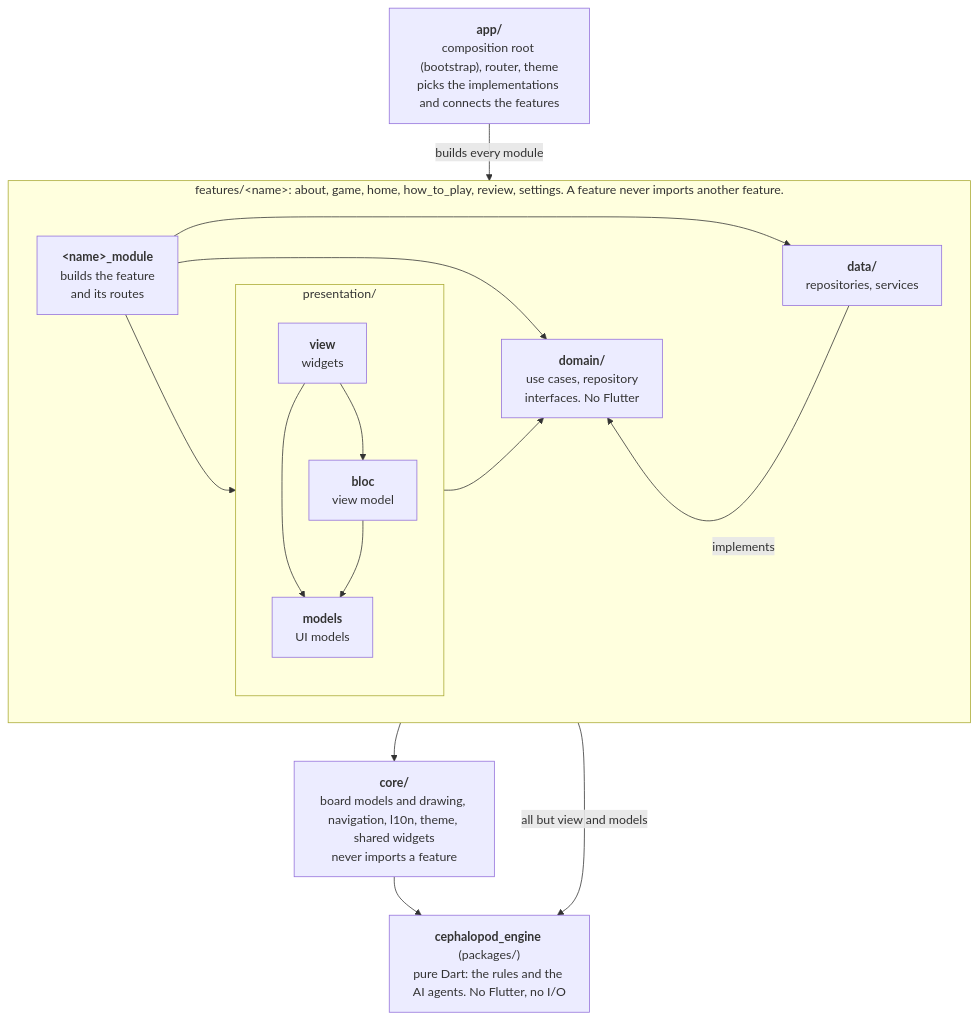
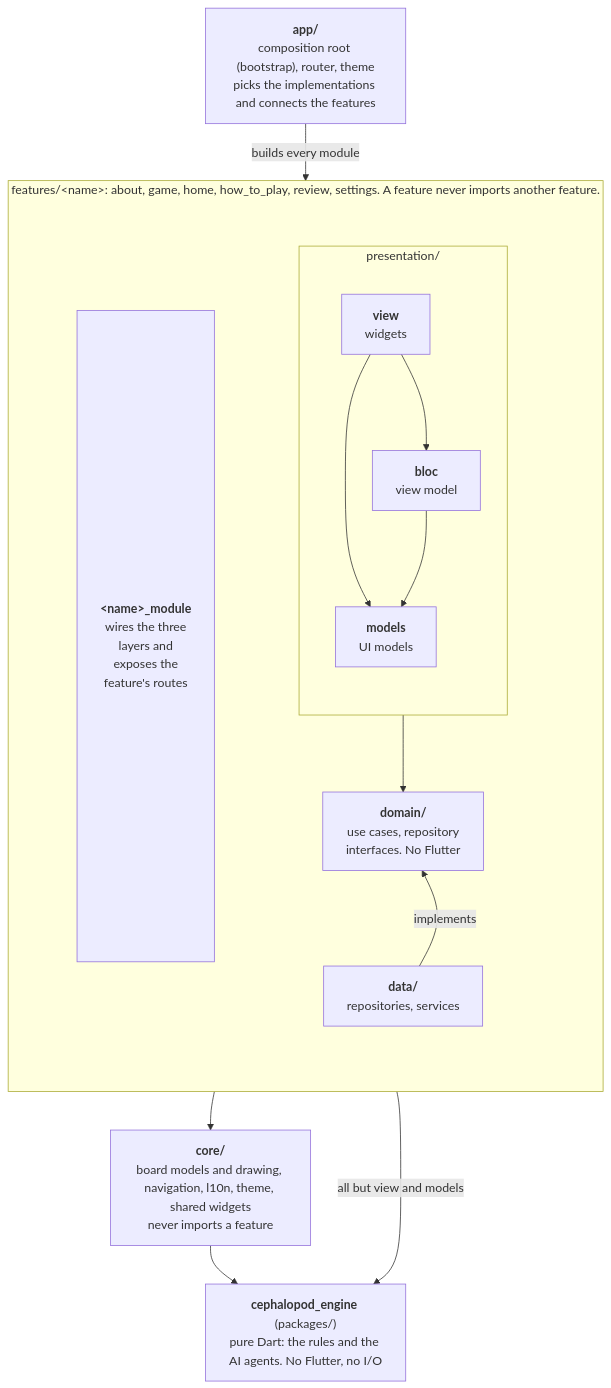
The diagram in README.md (siempredelao/Cephalopod-Flutter), drawn with Mermaid before and after one commit.

Commit message:
docs: draw the feature module as a tall box beside the layers
The module wires presentation, domain and data, so it stands next to all
three with no arrow.

Claude-Session: https://claude.ai/code/session_01AxMpj49MWHxq4DwovAXTr1

````diff
--- a/README.md
+++ b/README.md
@@ -40,34 +40,37 @@
 ```mermaid
 flowchart TB
+    %% The <br> lines only make the module box as tall as the layers beside it.
     boot["<b>app/</b><br>composition root (bootstrap), router, theme<br>picks the implementations and connects the features"]
 
     subgraph feature["features/&lt;name&gt;: about, game, home, how_to_play, review, settings. A feature never imports another feature."]
         direction LR
-        module["<b>&lt;name&gt;_module</b><br>builds the feature<br>and its routes"]
-        subgraph presentation["presentation/"]
+        module["<br><br><br><br><br><br><br><br><br><br><br><br><br><br><br><b>&lt;name&gt;_module</b><br>wires the three<br>layers and<br>exposes the<br>feature's routes<br><br><br><br><br><br><br><br><br><br><br><br><br><br><br>"]
+        subgraph layers[" "]
             direction TB
-            view["<b>view</b><br>widgets"]
-            bloc["<b>bloc</b><br>view model"]
-            models["<b>models</b><br>UI models"]
-            view --> bloc
-            view --> models
-            bloc --> models
+            subgraph presentation["presentation/"]
+                direction TB
+                view["<b>view</b><br>widgets"]
+                bloc["<b>bloc</b><br>view model"]
+                models["<b>models</b><br>UI models"]
+                view --> bloc
+                view --> models
+                bloc --> models
+            end
+            domain["<b>domain/</b><br>use cases, repository<br>interfaces. No Flutter"]
+            data["<b>data/</b><br>repositories, services"]
+            bloc --> domain
+            domain ~~~ data
+            data -->|implements| domain
         end
-        domain["<b>domain/</b><br>use cases, repository<br>interfaces. No Flutter"]
-        data["<b>data/</b><br>repositories, services"]
-        module --> presentation
-        module --> data
-        module --> domain
-        bloc --> domain
-        domain ~~~ data
-        data -->|implements| domain
+        module ~~~ layers
     end
 
     core["<b>core/</b><br>board models and drawing, navigation, l10n, theme, shared widgets<br>never imports a feature"]
     engine["<b>cephalopod_engine</b> (packages/)<br>pure Dart: the rules and the AI agents. No Flutter, no I/O"]
 
     boot -->|builds every module| feature
     feature --> core
     feature -->|"all but view and models"| engine
     core --> engine
+    style layers fill:none,stroke:none
 ```
````
